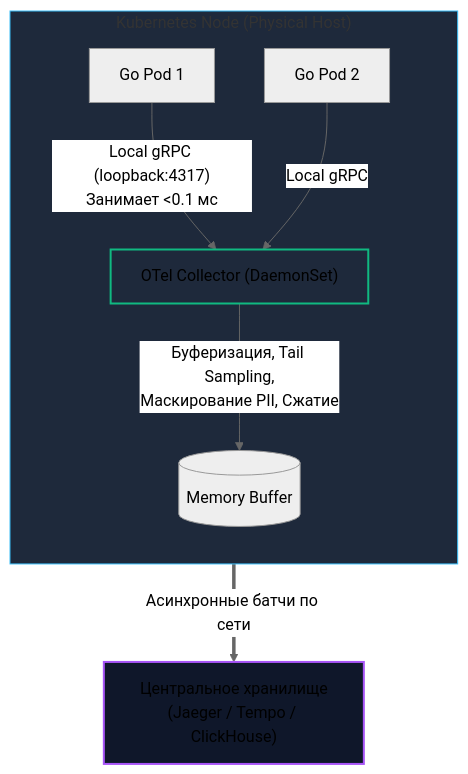
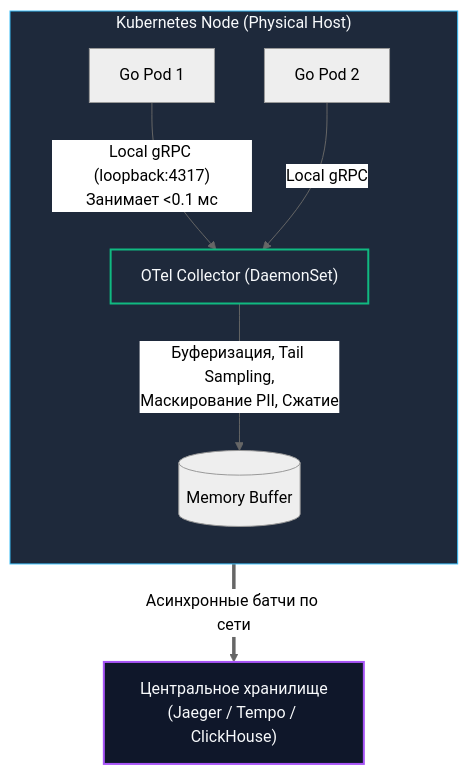
The third of 3 diagrams in sources/10. Проектирование API и Сетевые протоколы/32. Tracing запросов.md (UnrealTemplier/go-textbook), drawn with Mermaid (neutral theme) before and after one commit. The commit also changed other lines of this file and 310 other files, not shown here.

First line of the commit message:
fix(mermaid): replace light fill colors with dark palette for readability on dark theme

````diff
--- a/sources/10. Проектирование API и Сетевые протоколы/32. Tracing запросов.md
+++ b/sources/10. Проектирование API и Сетевые протоколы/32. Tracing запросов.md
@@ -221,16 +221,16 @@
 ```mermaid
 flowchart TD
     subgraph Node ["Kubernetes Node (Physical Host)"]
         direction TB
         App1["Go Pod 1"] -->|"Local gRPC (loopback:4317)<br>Занимает <0.1 мс"| Agent["OTel Collector (DaemonSet)"]
         App2["Go Pod 2"] -->|"Local gRPC"| Agent
         
         Agent -->|"Буферизация, Tail Sampling,<br>Маскирование PII, Сжатие"| MemoryBuffer[("Memory Buffer")]
     end
 
     MemoryBuffer ==>|"Асинхронные батчи по сети"| Storage["Центральное хранилище<br>(Jaeger / Tempo / ClickHouse)"]
 
-    style Node fill:#1e293b,stroke:#38bdf8,stroke-width:1px
-    style Agent fill:#1e293b,stroke:#10b981,stroke-width:2px
-    style Storage fill:#0f172a,stroke:#a855f7,stroke-width:2px
+    style Node fill:#1e293b,stroke:#38bdf8,stroke-width:1px,color:#f8fafc
+    style Agent fill:#1e293b,stroke:#10b981,stroke-width:2px,color:#f8fafc
+    style Storage fill:#0f172a,stroke:#a855f7,stroke-width:2px,color:#f8fafc
 ```
````
